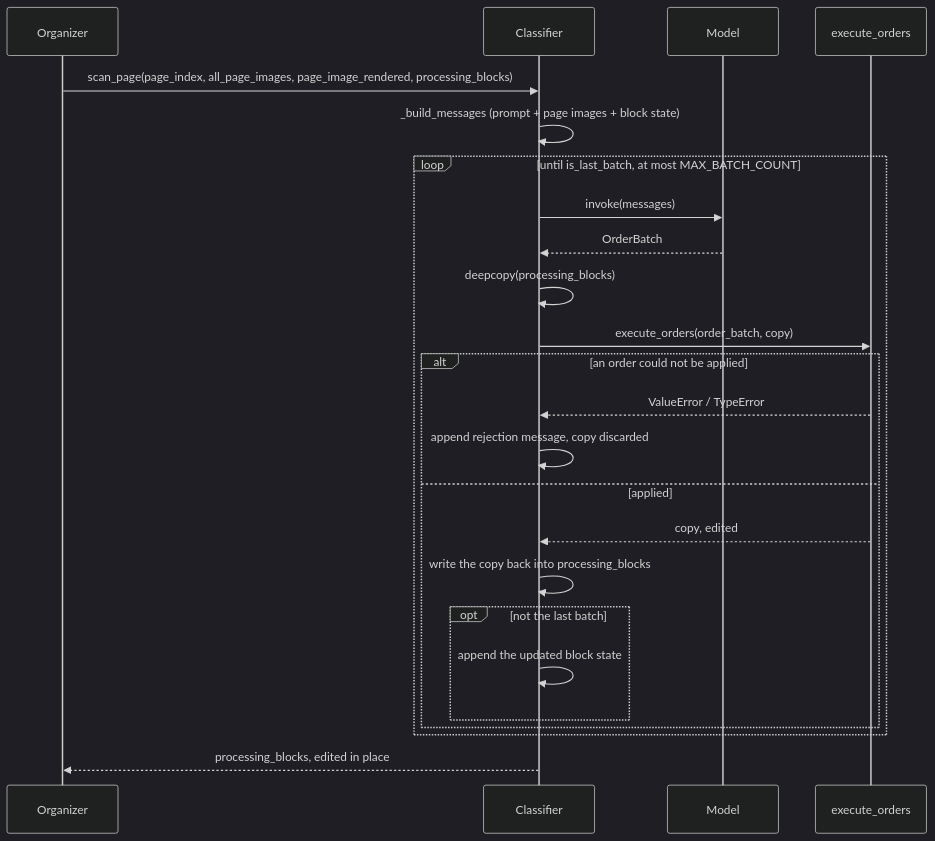
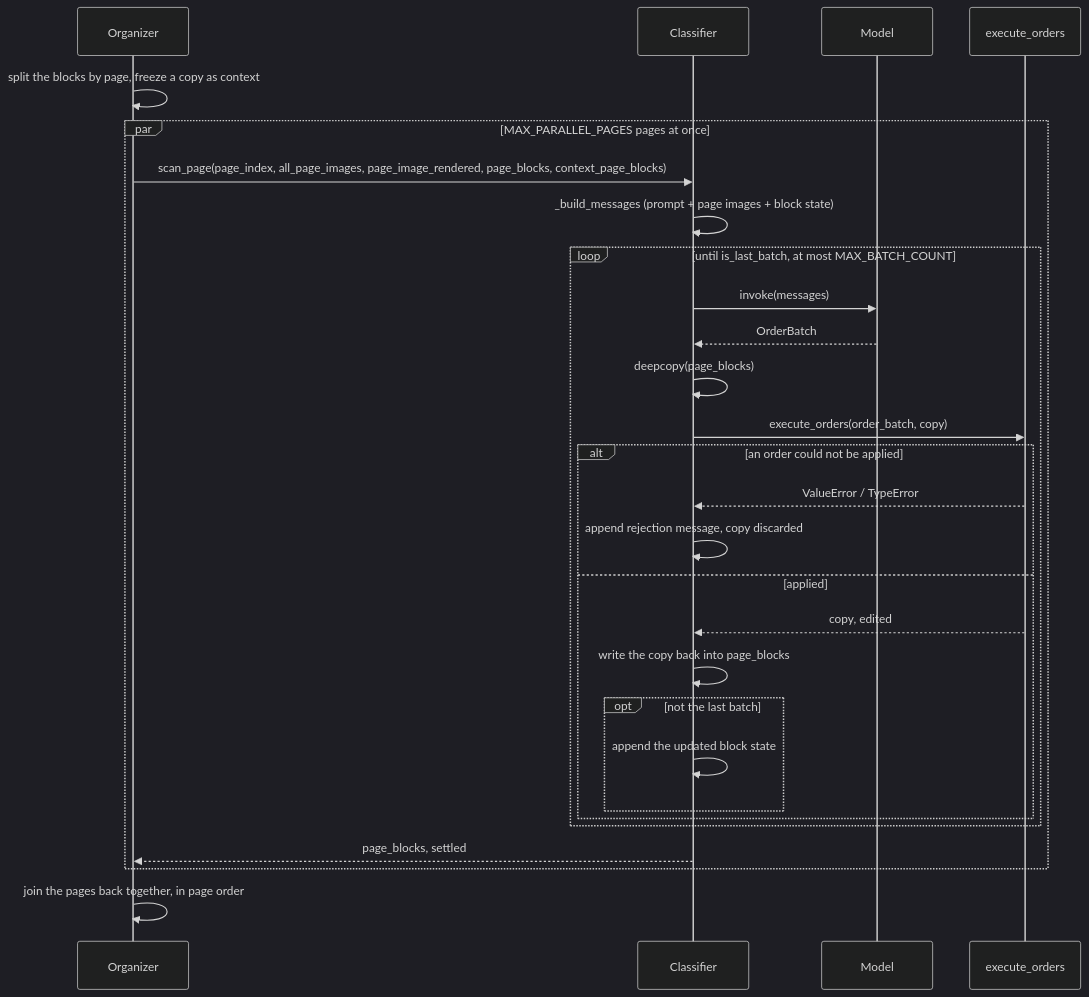
One commit to konbraphat51/SuperSuat changed the second of 3 diagrams in Uploader/OcrModule/Blocked/Docs/StructureOrganizer.md. Above: the diagram before and after it, drawn with Mermaid (dark theme). The commit also changed other lines of this file and 7 other files, not shown here.

First line of the commit message:
perf: classify several pages at once

````diff
--- a/Uploader/OcrModule/Blocked/Docs/StructureOrganizer.md
+++ b/Uploader/OcrModule/Blocked/Docs/StructureOrganizer.md
@@ -112,26 +120,30 @@
 ```mermaid
 sequenceDiagram
     participant Organizer
     participant Classifier
     participant Model
     participant Executor as execute_orders
-    Organizer->>Classifier: scan_page(page_index, all_page_images, page_image_rendered, processing_blocks)
+    Organizer->>Organizer: split the blocks by page, freeze a copy as context
+    par MAX_PARALLEL_PAGES pages at once
+    Organizer->>Classifier: scan_page(page_index, all_page_images, page_image_rendered, page_blocks, context_page_blocks)
     Classifier->>Classifier: _build_messages (prompt + page images + block state)
     loop until is_last_batch, at most MAX_BATCH_COUNT
         Classifier->>Model: invoke(messages)
         Model-->>Classifier: OrderBatch
-        Classifier->>Classifier: deepcopy(processing_blocks)
+        Classifier->>Classifier: deepcopy(page_blocks)
         Classifier->>Executor: execute_orders(order_batch, copy)
         alt an order could not be applied
             Executor-->>Classifier: ValueError / TypeError
             Classifier->>Classifier: append rejection message, copy discarded
         else applied
             Executor-->>Classifier: copy, edited
-            Classifier->>Classifier: write the copy back into processing_blocks
+            Classifier->>Classifier: write the copy back into page_blocks
             opt not the last batch
                 Classifier->>Classifier: append the updated block state
             end
         end
     end
-    Classifier-->>Organizer: processing_blocks, edited in place
+    Classifier-->>Organizer: page_blocks, settled
+    end
+    Organizer->>Organizer: join the pages back together, in page order
 ```
````
